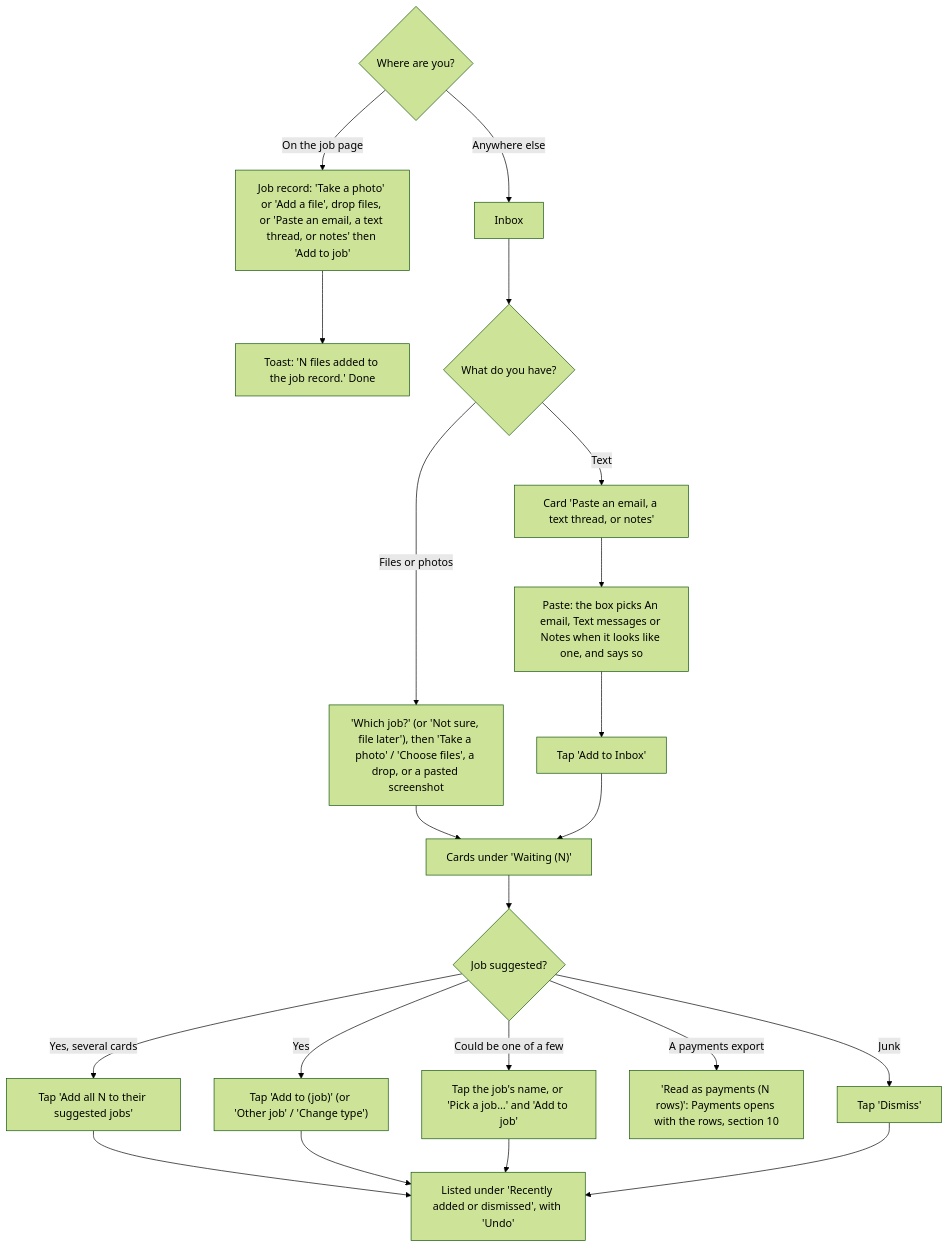
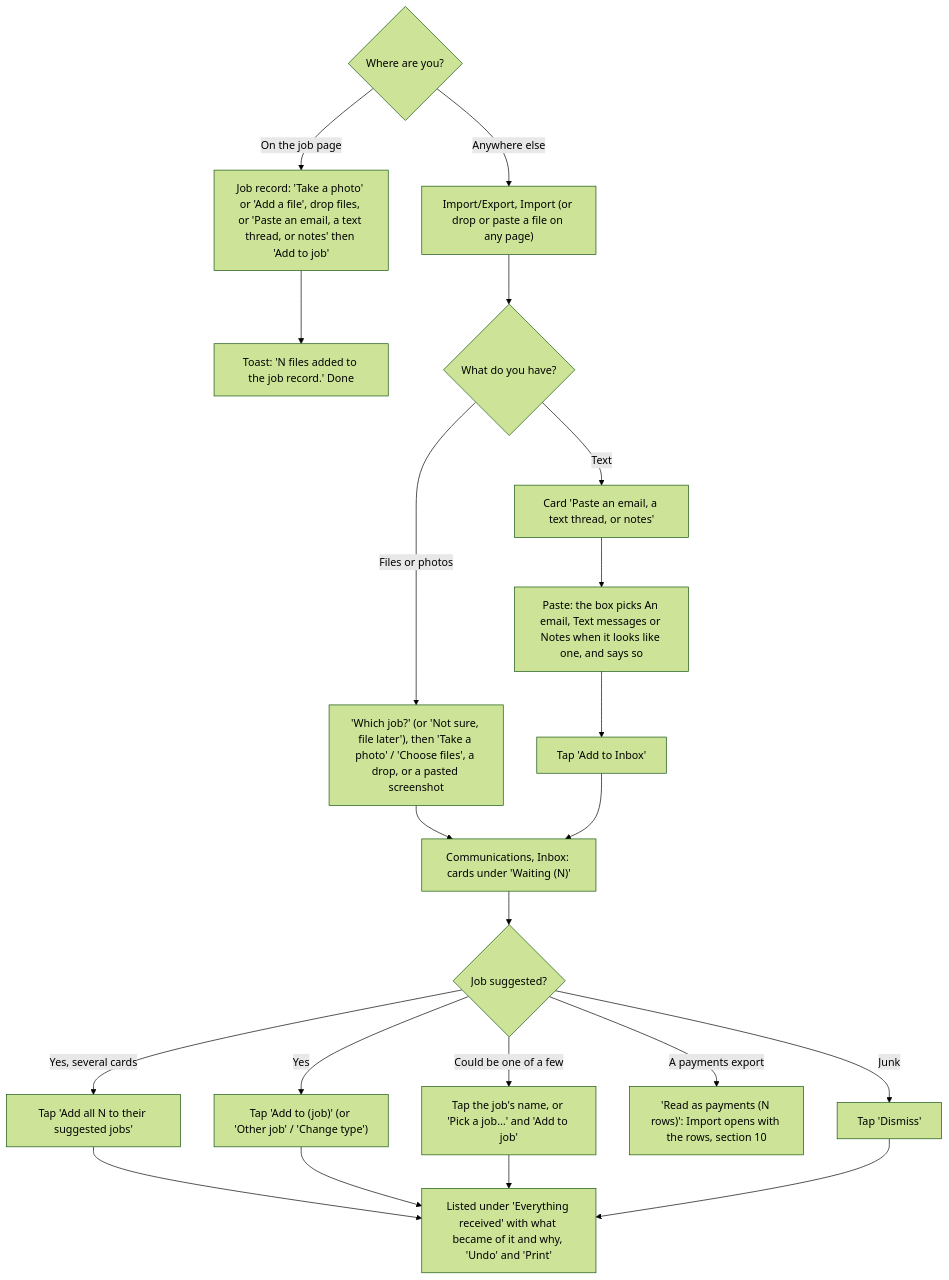
Before and after one commit to cartwrightstephen/billdable: the fifth of 15 diagrams in docs/client-flows.md, drawn with Mermaid (forest theme). The commit also changed other lines of this file and 1 other file, not shown here.

First line of the commit message:
Flows doc and helper answers: Everything received, the Outbox's Print, and Import/Export

````diff
--- a/docs/client-flows.md
+++ b/docs/client-flows.md
@@ -191,23 +191,23 @@
 ```mermaid
 flowchart TD
     A{"Where are you?"} -->|"On the job page"| B["Job record: 'Take a photo' or 'Add a file', drop files, or 'Paste an email, a text thread, or notes' then 'Add to job'"]
     B --> C["Toast: 'N files added to the job record.' Done"]
-    A -->|"Anywhere else"| D["Inbox"]
+    A -->|"Anywhere else"| D["Import/Export, Import (or drop or paste a file on any page)"]
     D --> E{"What do you have?"}
     E -->|"Files or photos"| F["'Which job?' (or 'Not sure, file later'), then 'Take a photo' / 'Choose files', a drop, or a pasted screenshot"]
     E -->|"Text"| G["Card 'Paste an email, a text thread, or notes'"]
     G --> H["Paste: the box picks An email, Text messages or Notes when it looks like one, and says so"]
     H --> K["Tap 'Add to Inbox'"]
-    F --> L["Cards under 'Waiting (N)'"]
+    F --> L["Communications, Inbox: cards under 'Waiting (N)'"]
     K --> L
     L --> M{"Job suggested?"}
     M -->|"Yes, several cards"| N["Tap 'Add all N to their suggested jobs'"]
     M -->|"Yes"| O["Tap 'Add to (job)' (or 'Other job' / 'Change type')"]
     M -->|"Could be one of a few"| P["Tap the job's name, or 'Pick a job…' and 'Add to job'"]
-    M -->|"A payments export"| PAY["'Read as payments (N rows)': Payments opens with the rows, section 10"]
+    M -->|"A payments export"| PAY["'Read as payments (N rows)': Import opens with the rows, section 10"]
     M -->|"Junk"| Q["Tap 'Dismiss'"]
-    N --> R["Listed under 'Recently added or dismissed', with 'Undo'"]
+    N --> R["Listed under 'Everything received' with what became of it and why, 'Undo' and 'Print'"]
     O --> R
     P --> R
     Q --> R
 ```
````
